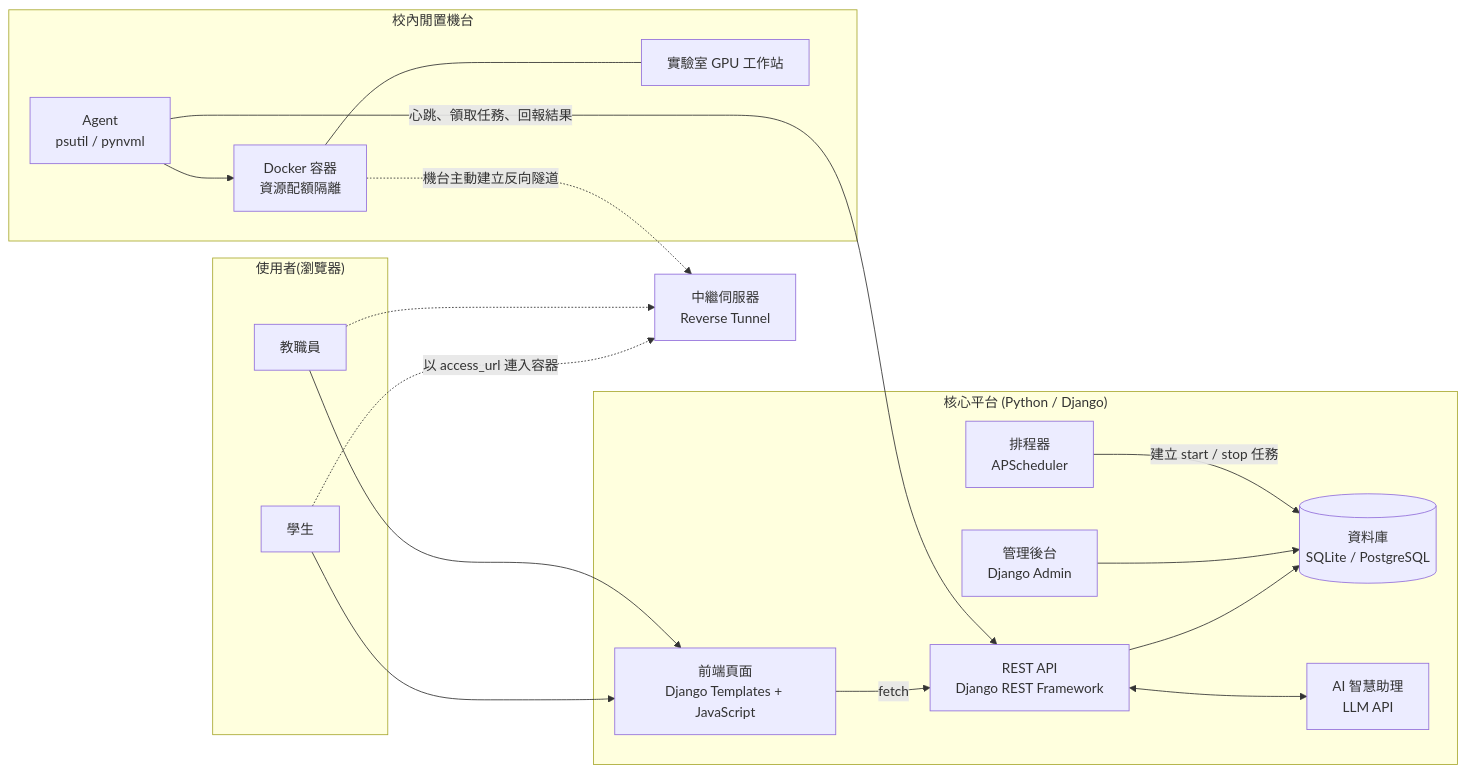
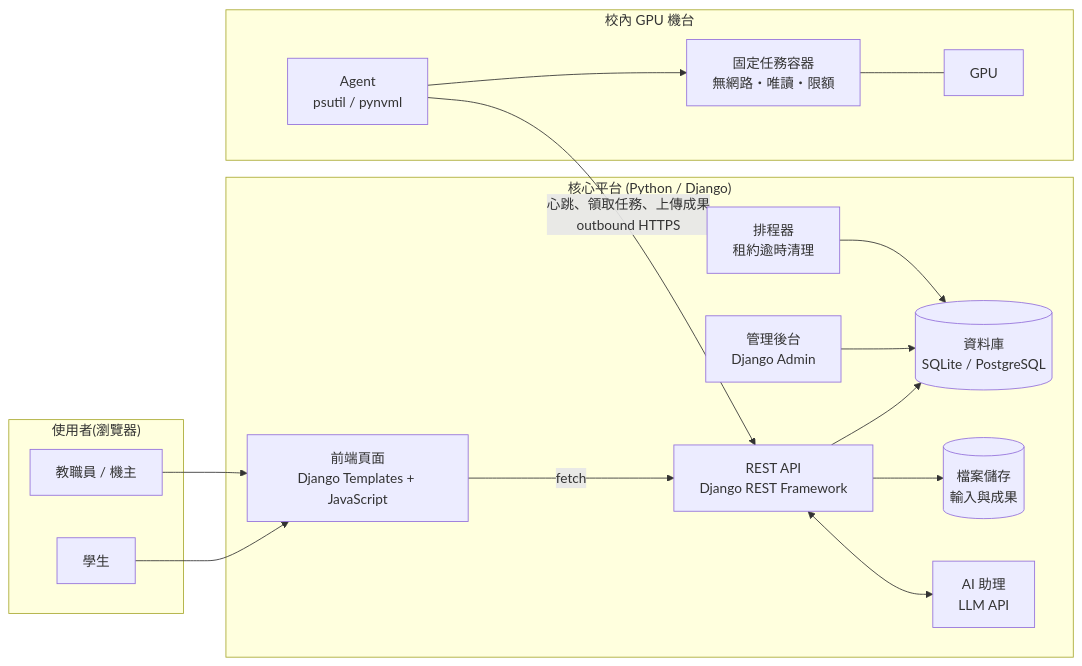
Before and after one commit to thechi222/SCU_contest: the diagram in README.md, drawn with Mermaid. The commit also changed other lines of this file and 91 other files, not shown here.

First line of the commit message:
Merge codex/compute-relay-demo design: switch to GPU job queue on Django

````diff
--- a/README.md
+++ b/README.md
@@ -99,38 +117,35 @@
 ```mermaid
 flowchart LR
     subgraph Users["使用者(瀏覽器)"]
         S[學生]
-        F[教職員]
+        F[教職員 / 機主]
     end
 
     subgraph Platform["核心平台 (Python / Django)"]
         WEB[前端頁面<br/>Django Templates + JavaScript]
         API[REST API<br/>Django REST Framework]
         ADMIN[管理後台<br/>Django Admin]
         DB[(資料庫<br/>SQLite / PostgreSQL)]
-        SCHED[排程器<br/>APScheduler]
-        AI[AI 智慧助理<br/>LLM API]
+        FILES[(檔案儲存<br/>輸入與成果)]
+        SCHED[排程器<br/>租約逾時清理]
+        AI[AI 助理<br/>LLM API]
     end
 
-    RELAY[中繼伺服器<br/>Reverse Tunnel]
-
-    subgraph Machines["校內閒置機台"]
+    subgraph Machines["校內 GPU 機台"]
         A1[Agent<br/>psutil / pynvml]
-        C1[Docker 容器<br/>資源配額隔離]
-        M1[實驗室 GPU 工作站]
+        C1[固定任務容器<br/>無網路・唯讀・限額]
+        M1[GPU]
     end
 
     S --> WEB
     F --> WEB
     WEB -->|fetch| API
     API --> DB
+    API --> FILES
     ADMIN --> DB
-    SCHED -->|建立 start / stop 任務| DB
+    SCHED --> DB
     API <--> AI
-    A1 -->|心跳、領取任務、回報結果| API
+    A1 -->|心跳、領取任務、上傳成果<br/>outbound HTTPS| API
     A1 --> C1
     C1 --- M1
-    C1 -.->|機台主動建立反向隧道| RELAY
-    S -.->|以 access_url 連入容器| RELAY
-    F -.-> RELAY
 ```
````
